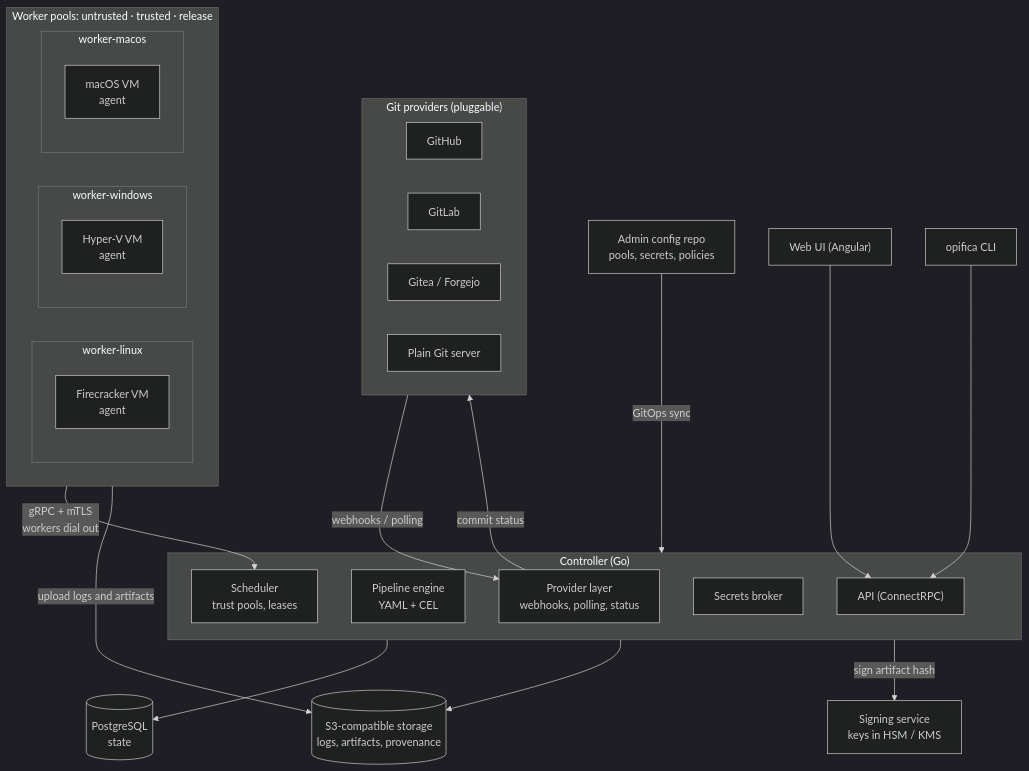
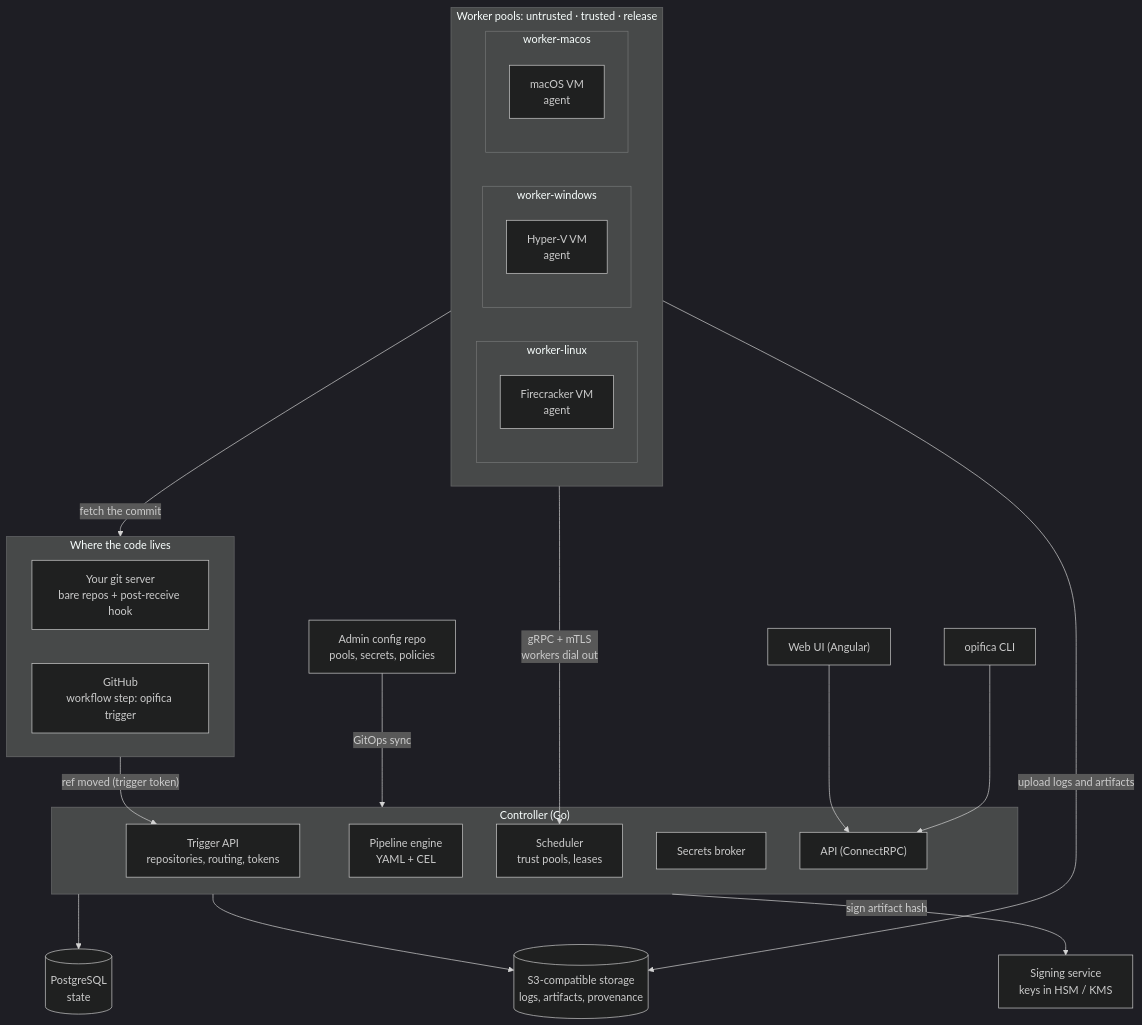
Before and after one commit to Opifica/.github: the diagram in profile/README.md, drawn with Mermaid (dark theme). The commit also changed other lines of this file, not shown here.

Commit message:
Org page: your own git server or GitHub, no forge providers

````diff
--- a/profile/README.md
+++ b/profile/README.md
@@ -26,48 +27,46 @@
 ```mermaid
 flowchart TB
-    subgraph forges["Git providers (pluggable)"]
-        GH["GitHub"]
-        GL["GitLab"]
-        GT["Gitea / Forgejo"]
-        GIT["Plain Git server"]
+    subgraph sources["Where the code lives"]
+        OWN["Your git server<br/>bare repos + post-receive hook"]
+        GH["GitHub<br/>workflow step: opifica trigger"]
     end
 
     UI["Web UI (Angular)"]
     CLI["opifica CLI"]
     CFG["Admin config repo<br/>pools, secrets, policies"]
 
     subgraph controller["Controller (Go)"]
-        PROV["Provider layer<br/>webhooks, polling, status"]
+        PROV["Trigger API<br/>repositories, routing, tokens"]
         PIPE["Pipeline engine<br/>YAML + CEL"]
         SCHED["Scheduler<br/>trust pools, leases"]
         SEC["Secrets broker"]
         API["API (ConnectRPC)"]
     end
 
     DB[("PostgreSQL<br/>state")]
     S3[("S3-compatible storage<br/>logs, artifacts, provenance")]
     SIGN["Signing service<br/>keys in HSM / KMS"]
 
     subgraph pools["Worker pools: untrusted · trusted · release"]
         subgraph wl["worker-linux"]
             VML["Firecracker VM<br/>agent"]
         end
         subgraph ww["worker-windows"]
             VMW["Hyper-V VM<br/>agent"]
         end
         subgraph wm["worker-macos"]
             VMM["macOS VM<br/>agent"]
         end
     end
 
-    forges -- "webhooks / polling" --> PROV
-    PROV -- "commit status" --> forges
+    sources -- "ref moved (trigger token)" --> PROV
+    pools -- "fetch the commit" --> sources
     CFG -- "GitOps sync" --> controller
     UI --> API
     CLI --> API
     controller --> DB
     controller --> S3
     controller -- "sign artifact hash" --> SIGN
     pools -- "gRPC + mTLS<br/>workers dial out" --> SCHED
     pools -- "upload logs and artifacts" --> S3
 ```
````
